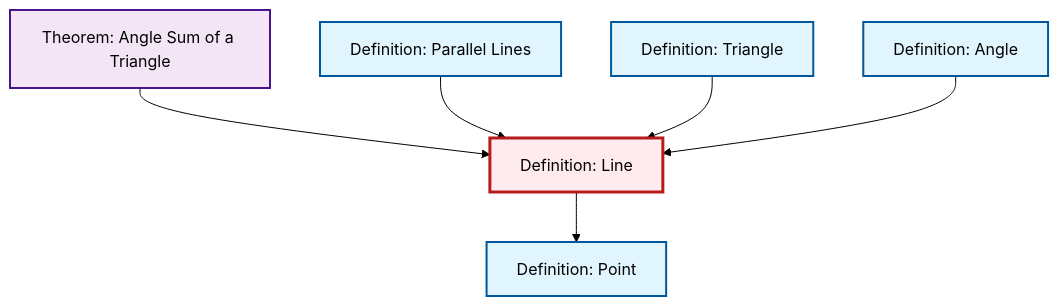
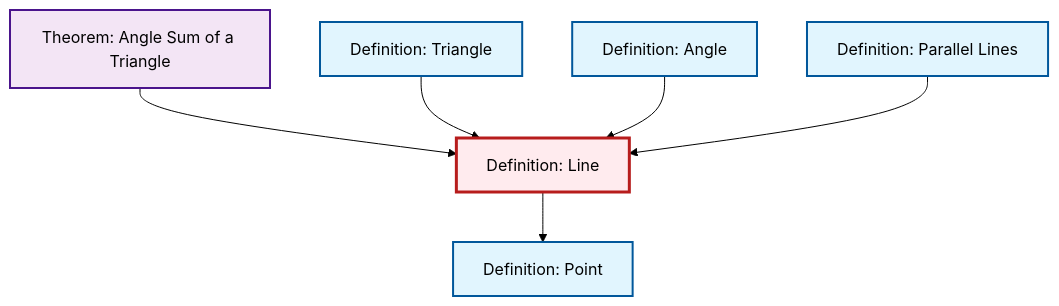
Before and after one commit to RK0429/ModernMath: the diagram in content/en/geometry/def-line.qmd, drawn with Mermaid (forest theme). The commit also changed other lines of this file and 619 other files, not shown here.

````diff
--- a/content/en/geometry/def-line.qmd
+++ b/content/en/geometry/def-line.qmd
@@ -45,26 +45,26 @@
 ```{mermaid}
 %%| fig-cap: "Local dependency graph"
 graph TD
     classDef definition fill:#e1f5fe,stroke:#01579b,stroke-width:2px
     classDef theorem fill:#f3e5f5,stroke:#4a148c,stroke-width:2px
     classDef axiom fill:#fff3e0,stroke:#e65100,stroke-width:2px
     classDef example fill:#e8f5e9,stroke:#1b5e20,stroke-width:2px
     classDef current fill:#ffebee,stroke:#b71c1c,stroke-width:3px
+    def-parallel["Definition: Parallel Lines"]:::definition
+    def-point["Definition: Point"]:::definition
     thm-angle-sum-triangle["Theorem: Angle Sum of a Triangle"]:::theorem
     def-triangle["Definition: Triangle"]:::definition
     def-line["Definition: Line"]:::definition
     def-angle["Definition: Angle"]:::definition
-    def-parallel["Definition: Parallel Lines"]:::definition
-    def-point["Definition: Point"]:::definition
     thm-angle-sum-triangle --> def-line
+    def-triangle --> def-line
+    def-angle --> def-line
     def-parallel --> def-line
     def-line --> def-point
-    def-triangle --> def-line
-    def-angle --> def-line
     class def-line current
+    click def-parallel "def-parallel.html" "Go to Parallel Lines definition"
+    click def-point "def-point.html" "Go to Point definition"
     click thm-angle-sum-triangle "thm-angle-sum-triangle.html" "Go to Angle Sum of a Triangle theorem"
     click def-triangle "def-triangle.html" "Go to Triangle definition"
     click def-angle "def-angle.html" "Go to Angle definition"
-    click def-parallel "def-parallel.html" "Go to Parallel Lines definition"
-    click def-point "def-point.html" "Go to Point definition"
 ```
````
